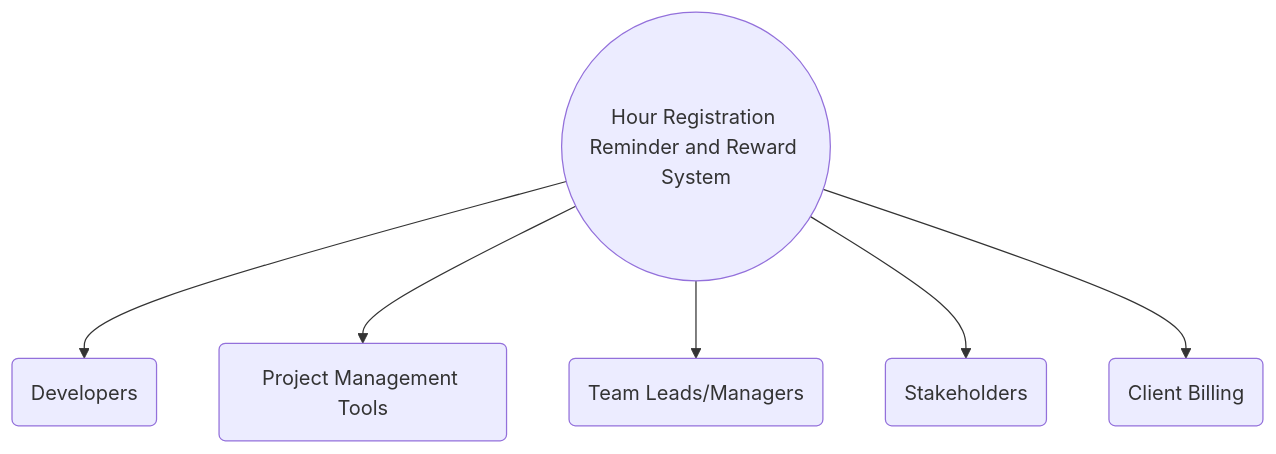
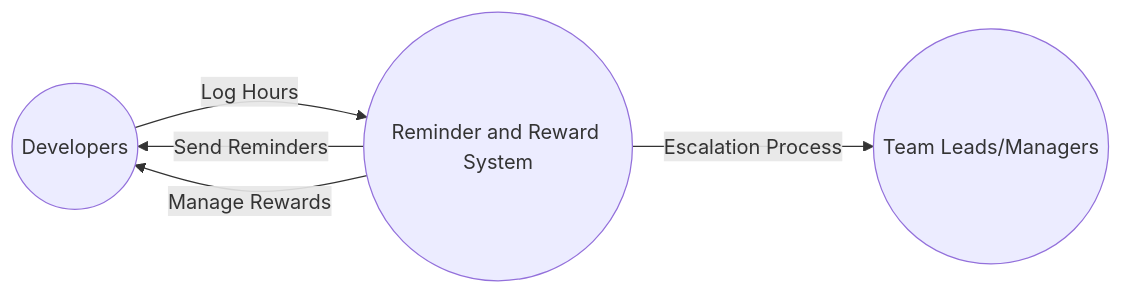
Before and after one commit to Joengenduvel/isks2024: the diagram in documentation.md, drawn with Mermaid. The commit also changed other lines of this file, not shown here.

Commit message:
Add context diagram

````diff
--- a/documentation.md
+++ b/documentation.md
@@ -71,14 +71,7 @@
 ```mermaid
-graph TD
-A((Hour Registration Reminder and Reward System))
-B(Developers)
-C(Team Leads/Managers)
-D(Project Management Tools)
-E(Client Billing)
-F(Stakeholders)
-A --> B
-A --> D
-A --> C
-A --> F
-A --> E
+graph LR
+    A((Developers)) -- Log Hours --> B((Reminder and Reward System))
+    B -- Send Reminders --> A
+    B -- Escalation Process --> C((Team Leads/Managers))
+    B -- Manage Rewards --> A
 ```
````
